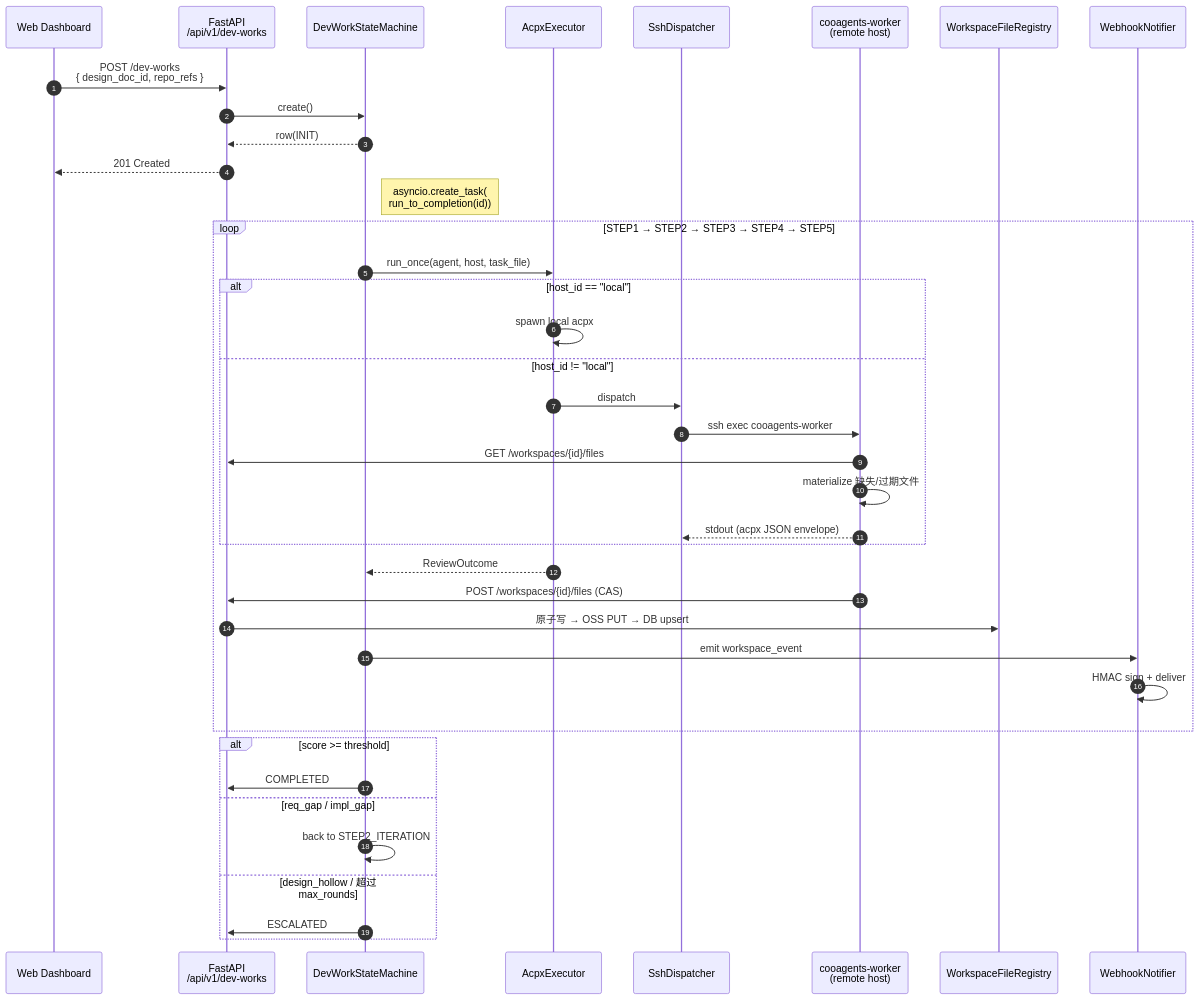
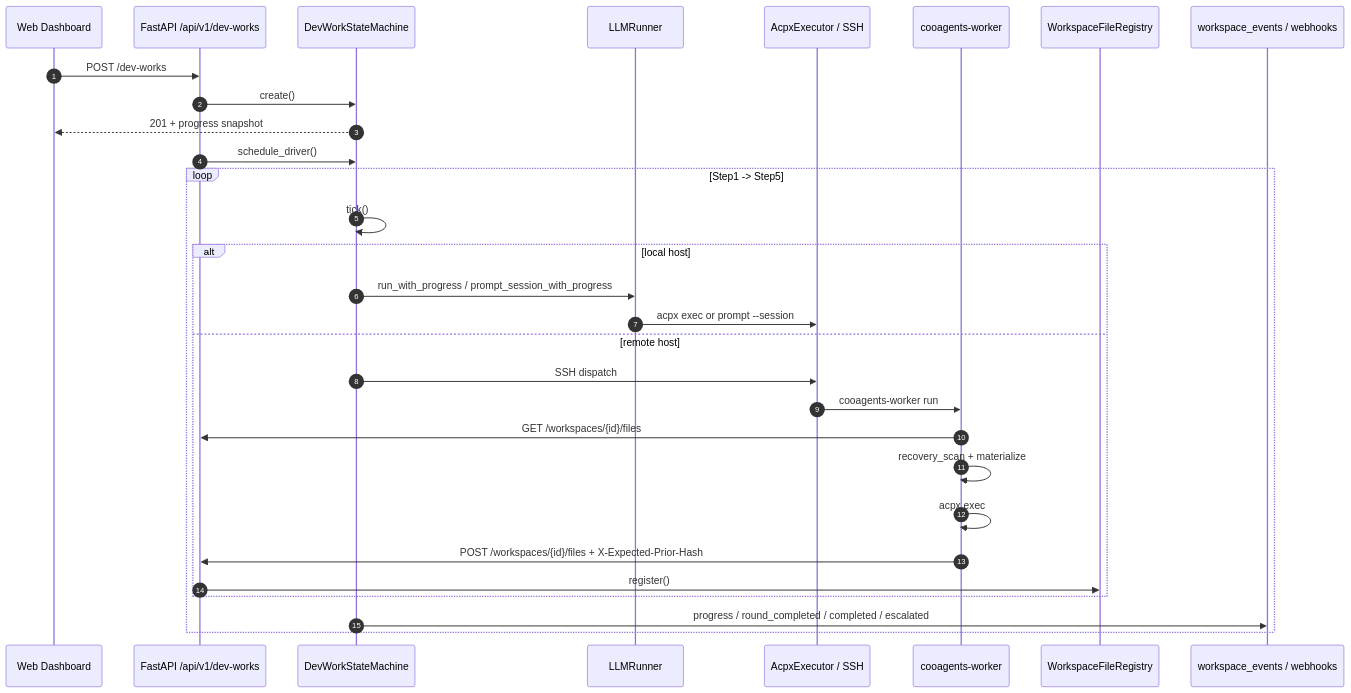
One commit to vaxtomis/cooagents changed the second of 6 diagrams in README.md. Above: the diagram before and after it, drawn with Mermaid. The commit also changed other lines of this file, not shown here.

````diff
--- a/README.md
+++ b/README.md
@@ -145,44 +174,34 @@
 ```mermaid
 sequenceDiagram
   autonumber
   participant UI as Web Dashboard
-  participant API as FastAPI<br/>/api/v1/dev-works
+  participant API as FastAPI /api/v1/dev-works
   participant SM as DevWorkStateMachine
-  participant EX as AcpxExecutor
-  participant SSH as SshDispatcher
-  participant WK as cooagents-worker<br/>(remote host)
+  participant LLM as LLMRunner
+  participant EX as AcpxExecutor / SSH
+  participant WK as cooagents-worker
   participant REG as WorkspaceFileRegistry
-  participant WH as WebhookNotifier
+  participant EV as workspace_events / webhooks
 
-  UI->>API: POST /dev-works<br/>{ design_doc_id, repo_refs }
+  UI->>API: POST /dev-works
   API->>SM: create()
-  SM-->>API: row(INIT)
-  API-->>UI: 201 Created
-  Note right of SM: asyncio.create_task(<br/>run_to_completion(id))
+  SM-->>UI: 201 + progress snapshot
+  API->>SM: schedule_driver()
 
-  loop STEP1 → STEP2 → STEP3 → STEP4 → STEP5
-    SM->>EX: run_once(agent, host, task_file)
-    alt host_id == "local"
-      EX->>EX: spawn local acpx
-    else host_id != "local"
-      EX->>SSH: dispatch
-      SSH->>WK: ssh exec cooagents-worker
+  loop Step1 -> Step5
+    SM->>SM: tick()
+    alt local host
+      SM->>LLM: run_with_progress / prompt_session_with_progress
+      LLM->>EX: acpx exec or prompt --session
+    else remote host
+      SM->>EX: SSH dispatch
+      EX->>WK: cooagents-worker run
       WK->>API: GET /workspaces/{id}/files
-      WK->>WK: materialize 缺失/过期文件
-      WK-->>SSH: stdout (acpx JSON envelope)
+      WK->>WK: recovery_scan + materialize
+      WK->>WK: acpx exec
+      WK->>API: POST /workspaces/{id}/files + X-Expected-Prior-Hash
+      API->>REG: register()
     end
-    EX-->>SM: ReviewOutcome
-    WK->>API: POST /workspaces/{id}/files (CAS)
-    API->>REG: 原子写 → OSS PUT → DB upsert
-    SM->>WH: emit workspace_event
-    WH->>WH: HMAC sign + deliver
-  end
-
-  alt score >= threshold
-    SM->>API: COMPLETED
-  else req_gap / impl_gap
-    SM->>SM: back to STEP2_ITERATION
-  else design_hollow / 超过 max_rounds
-    SM->>API: ESCALATED
+    SM->>EV: progress / round_completed / completed / escalated
   end
 ```
````
